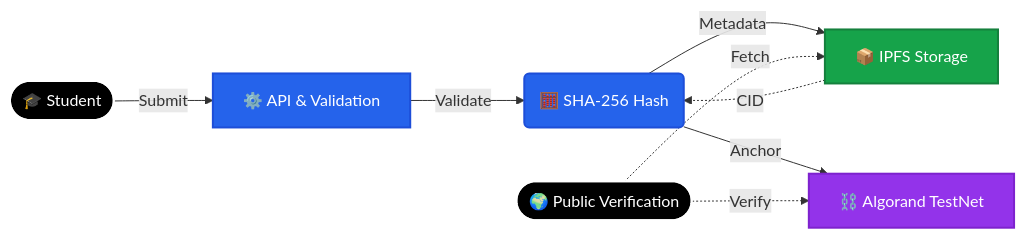
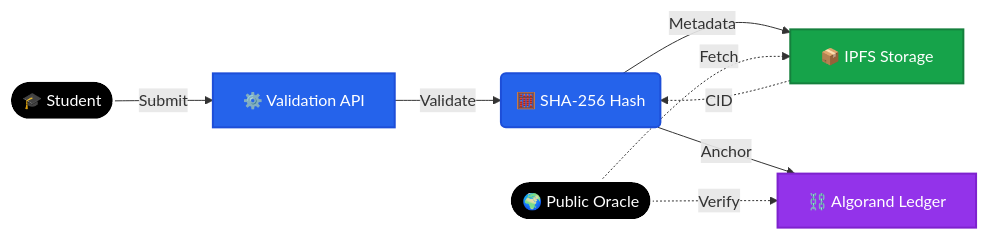
Before and after one commit to rushikesh249/skillchain: the diagram in README.md, drawn with Mermaid. The commit also changed other lines of this file, not shown here.

````diff
--- a/README.md
+++ b/README.md
@@ -68,25 +66,25 @@
 ```mermaid
 graph LR
     %% Styles
     classDef actor fill:#000000,stroke:#ffffff,stroke-width:2px,color:#ffffff;
     classDef core fill:#2563eb,stroke:#1d4ed8,stroke-width:2px,color:#ffffff;
     classDef storage fill:#16a34a,stroke:#15803d,stroke-width:2px,color:#ffffff;
     classDef blockchain fill:#9333ea,stroke:#7e22ce,stroke-width:2px,color:#ffffff;
     
     %% Nodes
     Student([🎓 Student]):::actor
-    API[⚙️ API & Validation]:::core
+    API[⚙️ Validation API]:::core
     Hash(🧮 SHA-256 Hash):::core
     IPFS[📦 IPFS Storage]:::storage
-    Algo[⛓️ Algorand TestNet]:::blockchain
-    Verifier([🌍 Public Verification]):::actor
+    Algo[⛓️ Algorand Ledger]:::blockchain
+    Verifier([🌍 Public Oracle]):::actor
 
     %% Flow
     Student -->|Submit| API
     API -->|Validate| Hash
     Hash -->|Metadata| IPFS
     IPFS -.->|CID| Hash
     Hash -->|Anchor| Algo
     Verifier -.->|Verify| Algo
     Verifier -.->|Fetch| IPFS
 ```
````
